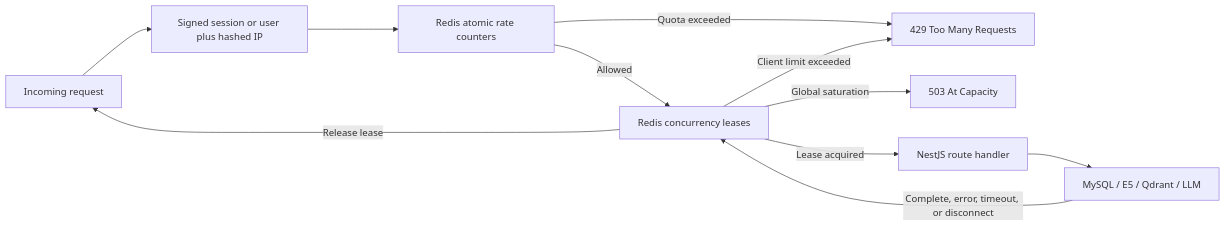
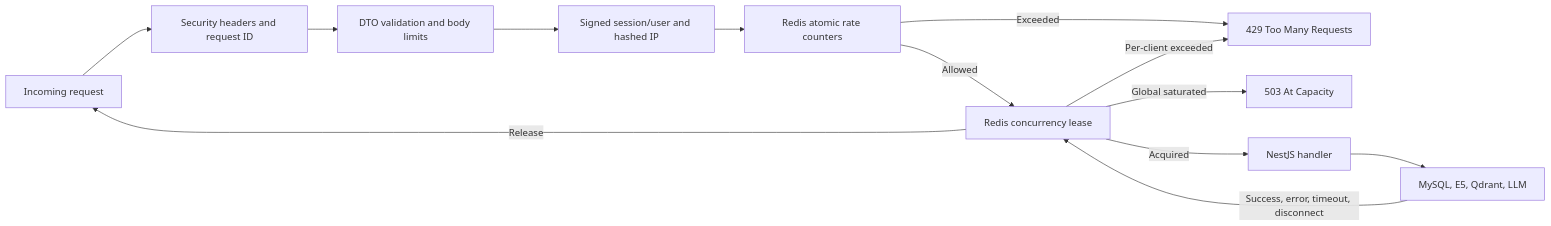
Before and after one commit to levanduc1907/research-portal: diagram 12 of 13 in docs/system-architecture.md, drawn with Mermaid. The commit also changed other lines of this file, not shown here.

Commit message:
docs: redraw system architecture

````diff
--- a/docs/system-architecture.md
+++ b/docs/system-architecture.md
@@ -704,20 +824,22 @@
 ```mermaid
 flowchart LR
     Request[Incoming request]
-    Identity[Signed session or user plus hashed IP]
+    Headers[Security headers and request ID]
+    Validate[DTO validation and body limits]
+    Identity[Signed session/user and hashed IP]
     Rate[Redis atomic rate counters]
-    Capacity[Redis concurrency leases]
-    App[NestJS route handler]
-    Downstream[MySQL / E5 / Qdrant / LLM]
-    Reject429[429 Too Many Requests]
-    Reject503[503 At Capacity]
+    Lease[Redis concurrency lease]
+    Handler[NestJS handler]
+    Dependencies[MySQL, E5, Qdrant, LLM]
+    R429[429 Too Many Requests]
+    R503[503 At Capacity]
 
-    Request --> Identity --> Rate
-    Rate -->|Quota exceeded| Reject429
-    Rate -->|Allowed| Capacity
-    Capacity -->|Client limit exceeded| Reject429
-    Capacity -->|Global saturation| Reject503
-    Capacity -->|Lease acquired| App --> Downstream
-    Downstream -->|Complete, error, timeout, or disconnect| Capacity
-    Capacity -->|Release lease| Request
+    Request --> Headers --> Validate --> Identity --> Rate
+    Rate -->|Exceeded| R429
+    Rate -->|Allowed| Lease
+    Lease -->|Per-client exceeded| R429
+    Lease -->|Global saturated| R503
+    Lease -->|Acquired| Handler --> Dependencies
+    Dependencies -->|Success, error, timeout, disconnect| Lease
+    Lease -->|Release| Request
 ```
````
